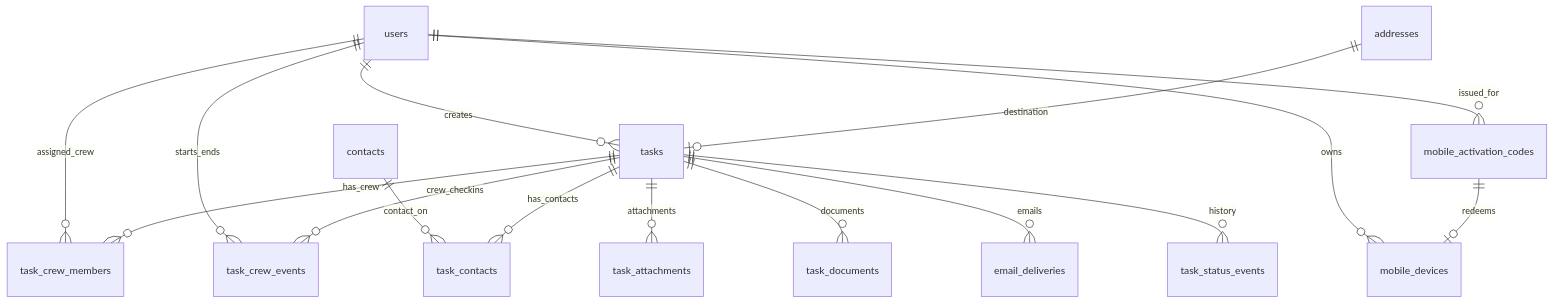
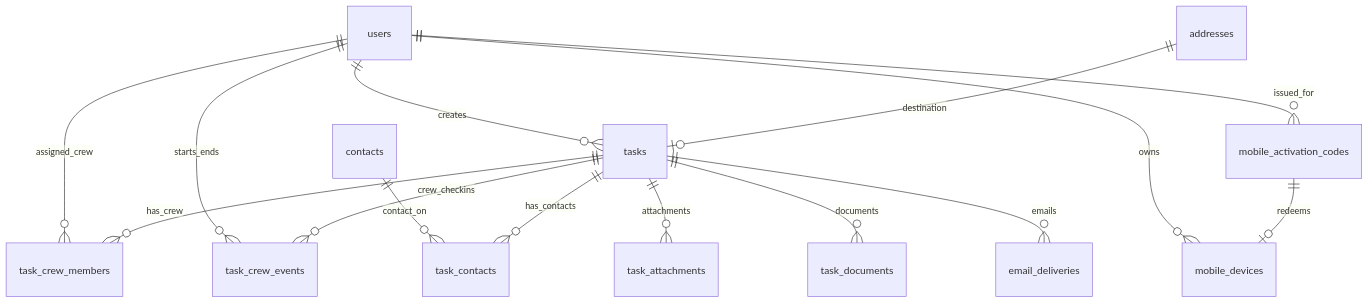
The second of 2 diagrams in docs/sdd.md (Thomas-QCD/Field), drawn with Mermaid before and after one commit. The commit also changed other lines of this file and 53 other files, not shown here.

````diff
--- a/docs/sdd.md
+++ b/docs/sdd.md
@@ -307,18 +306,17 @@
 ```mermaid
 erDiagram
     users ||--o{ tasks : creates
     users ||--o{ task_crew_members : assigned_crew
     users ||--o{ mobile_activation_codes : issued_for
     users ||--o{ mobile_devices : owns
     mobile_activation_codes ||--o| mobile_devices : redeems
     tasks ||--o{ task_crew_members : has_crew
     users ||--o{ task_crew_events : starts_ends
     tasks ||--o{ task_crew_events : crew_checkins
     contacts ||--o{ task_contacts : contact_on
     tasks ||--o{ task_contacts : has_contacts
     addresses ||--o| tasks : destination
     tasks ||--o{ task_attachments : attachments
     tasks ||--o{ task_documents : documents
     tasks ||--o{ email_deliveries : emails
-    tasks ||--o{ task_status_events : history
 ```
````
